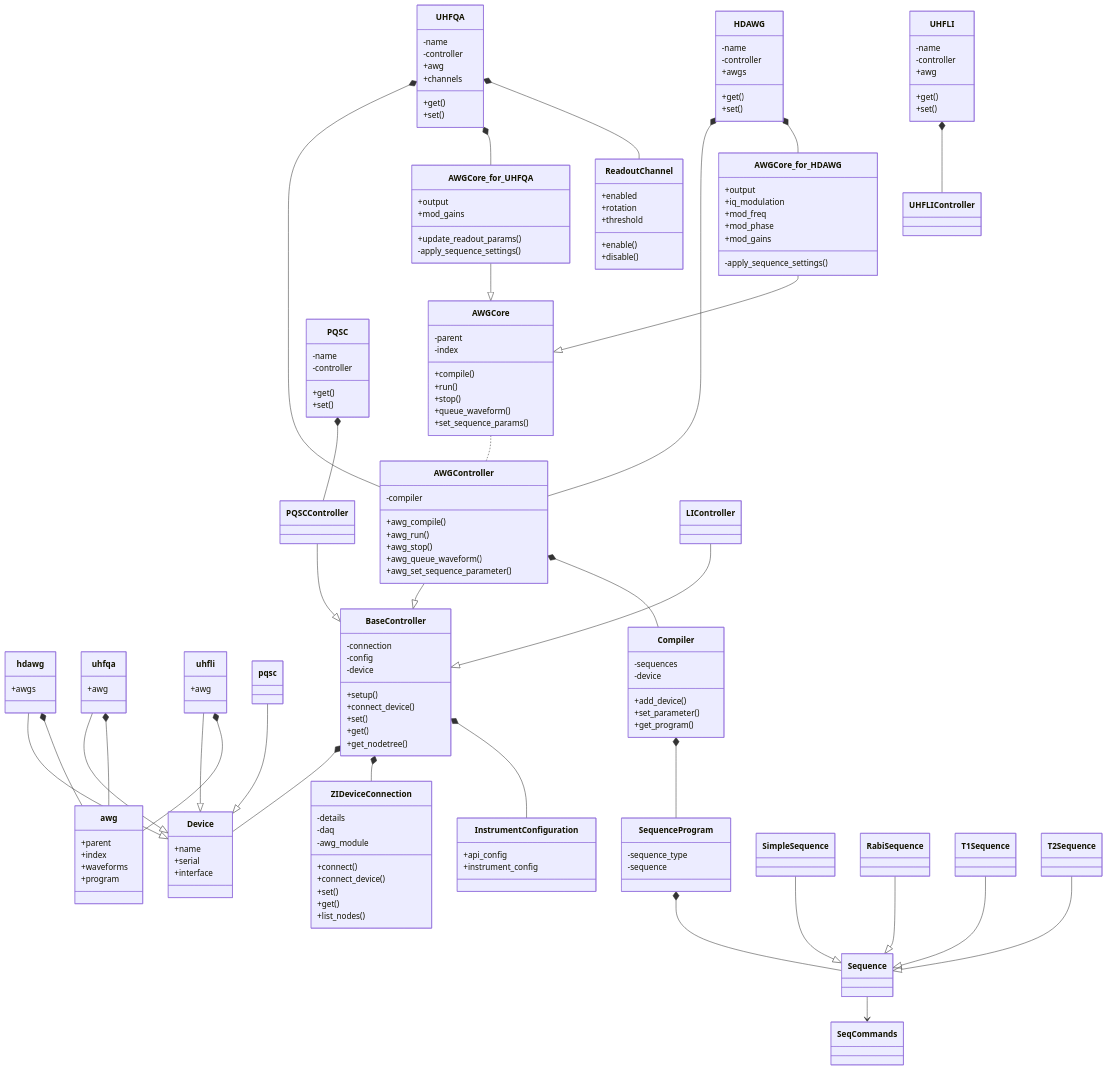
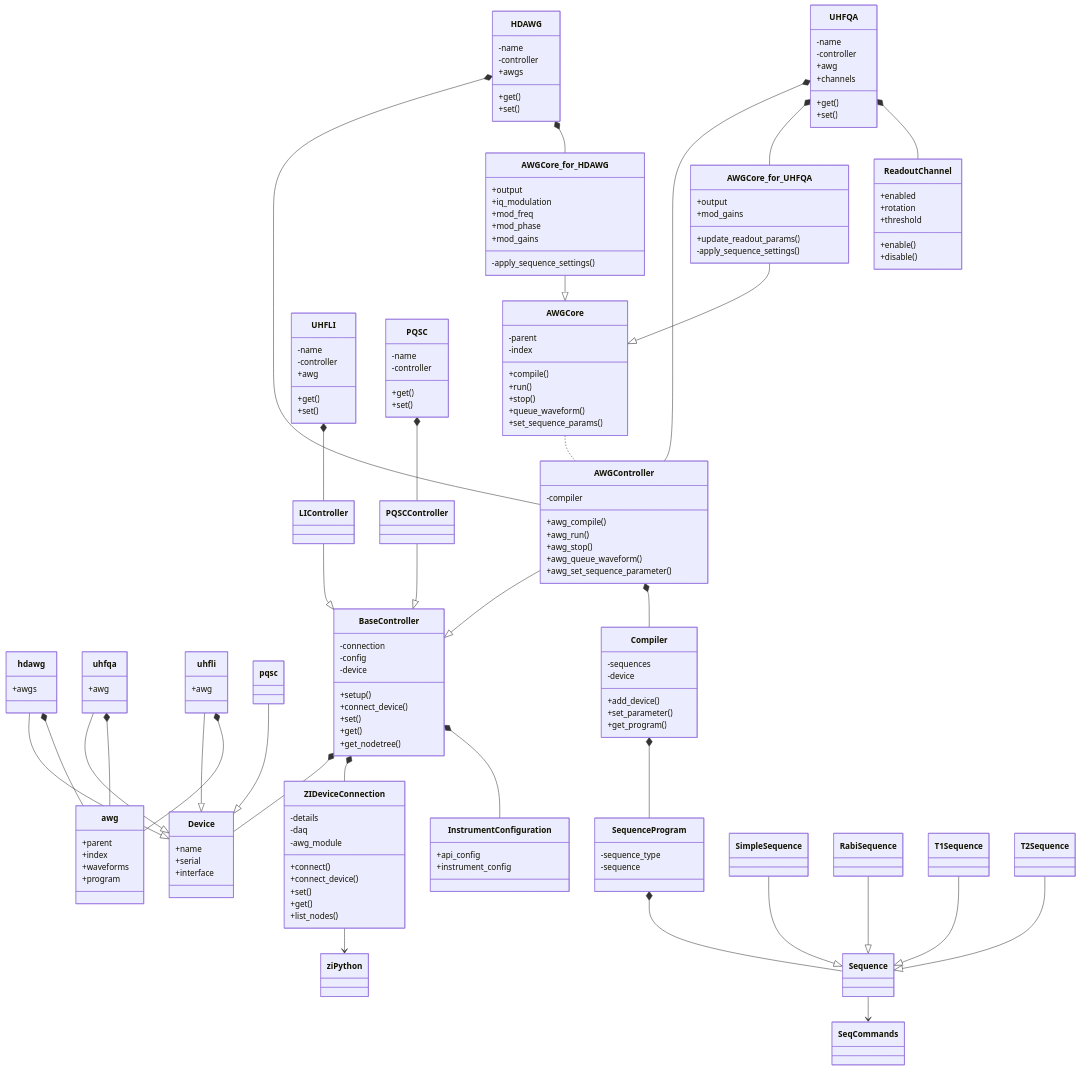
One commit to zhinst/zhinst-toolkit changed the diagram in README.md. Above: the diagram before and after it, drawn with Mermaid.

```diff
--- a/README.md
+++ b/README.md
@@ -39,6 +39,7 @@
     pqsc --|> Device
     BaseController *-- Device
     BaseController *-- ZIDeviceConnection
+    ZIDeviceConnection --> ziPython
     BaseController *-- InstrumentConfiguration
     AWGController --|> BaseController
     AWGController *-- Compiler
@@ -59,7 +60,7 @@
     HDAWG *-- AWGCore_for_HDAWG
     UHFQA *-- AWGCore_for_UHFQA
     UHFQA *-- ReadoutChannel
-    UHFLI *-- UHFLIController
+    UHFLI *-- LIController
     PQSC *-- PQSCController
     
 
```
